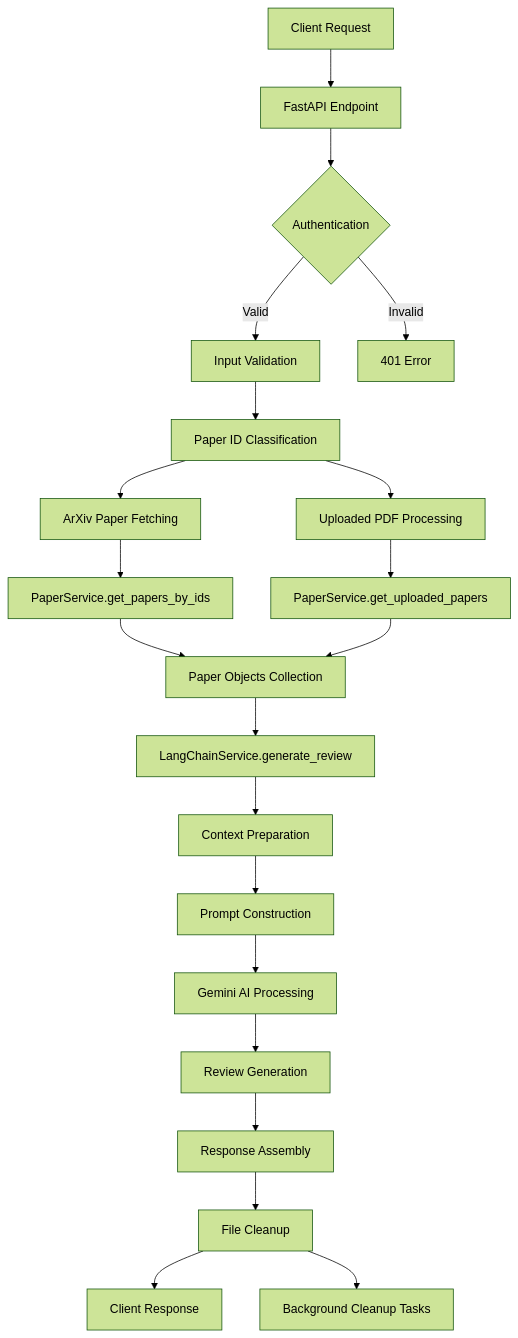
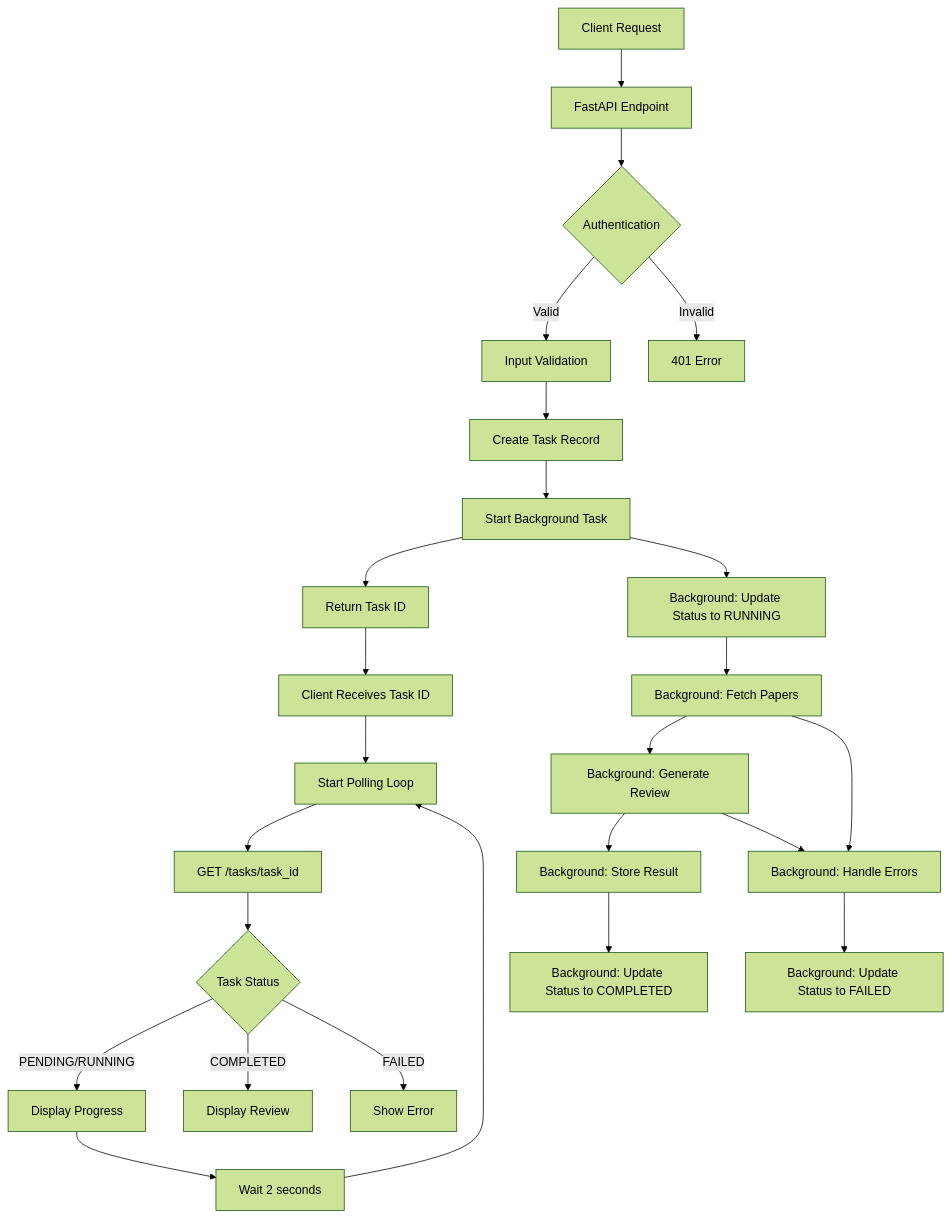
Before and after one commit to JoelJacobStephen/litxplore: the diagram in docs/review-generation-flow.md, drawn with Mermaid (forest theme). The commit also changed other lines of this file and 17 other files, not shown here.

Commit message:
feat: implement task-based architecture for asynchronous literature review generation with status management

````diff
--- a/docs/review-generation-flow.md
+++ b/docs/review-generation-flow.md
@@ -266,29 +378,35 @@
 ```mermaid
 graph TD
     A[Client Request] --> B[FastAPI Endpoint]
     B --> C{Authentication}
     C -->|Valid| D[Input Validation]
     C -->|Invalid| E[401 Error]
 
-    D --> F[Paper ID Classification]
-    F --> G[ArXiv Paper Fetching]
-    F --> H[Uploaded PDF Processing]
+    D --> F[Create Task Record]
+    F --> G[Start Background Task]
+    G --> H[Return Task ID]
+    H --> I[Client Receives Task ID]
 
-    G --> I[PaperService.get_papers_by_ids]
-    H --> J[PaperService.get_uploaded_papers]
+    I --> J[Start Polling Loop]
+    J --> K[GET /tasks/task_id]
+    K --> L{Task Status}
 
-    I --> K[Paper Objects Collection]
-    J --> K
+    L -->|PENDING/RUNNING| M[Display Progress]
+    M --> N[Wait 2 seconds]
+    N --> J
 
-    K --> L[LangChainService.generate_review]
-    L --> M[Context Preparation]
-    M --> N[Prompt Construction]
-    N --> O[Gemini AI Processing]
-    O --> P[Review Generation]
+    L -->|COMPLETED| O[Display Review]
+    L -->|FAILED| P[Show Error]
 
-    P --> Q[Response Assembly]
-    Q --> R[File Cleanup]
-    R --> S[Client Response]
+    %% Background Task Flow
+    G --> Q[Background: Update Status to RUNNING]
+    Q --> R[Background: Fetch Papers]
+    R --> S[Background: Generate Review]
+    S --> T[Background: Store Result]
+    T --> U[Background: Update Status to COMPLETED]
 
-    R --> T[Background Cleanup Tasks]
+    %% Error Handling
+    R --> V[Background: Handle Errors]
+    S --> V
+    V --> W[Background: Update Status to FAILED]
 ```
````
